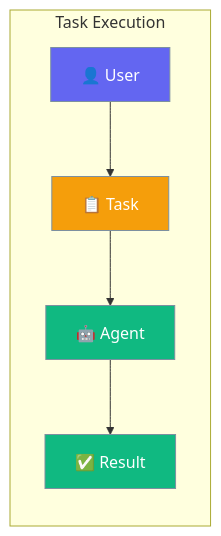
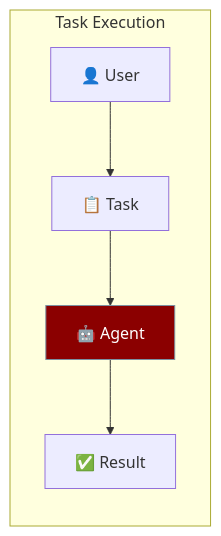
One commit to MervinPraison/PraisonAIDocs changed the first of 2 diagrams in docs/js/tasks.mdx. Above: the diagram before and after it, drawn with Mermaid. The commit also changed 18 other files, not shown here.

````diff
--- a/docs/js/tasks.mdx
+++ b/docs/js/tasks.mdx
@@ -10,16 +10,21 @@
 ```mermaid
 graph LR
     subgraph "Task Execution"
         A[👤 User] --> B[📋 Task]
         B --> C[🤖 Agent]
         C --> D[✅ Result]
     end
     
-    classDef user fill:#6366F1,stroke:#7C90A0,color:#fff
-    classDef task fill:#F59E0B,stroke:#7C90A0,color:#fff
-    classDef output fill:#10B981,stroke:#7C90A0,color:#fff
     
     class A user
     class B task
     class C,D output
+
+    classDef agent fill:#8B0000,stroke:#7C90A0,color:#fff
+    classDef tool fill:#189AB4,stroke:#7C90A0,color:#fff
+
+    class A user
+    class B task
+    class C agent
+    class D output
 ```
````
